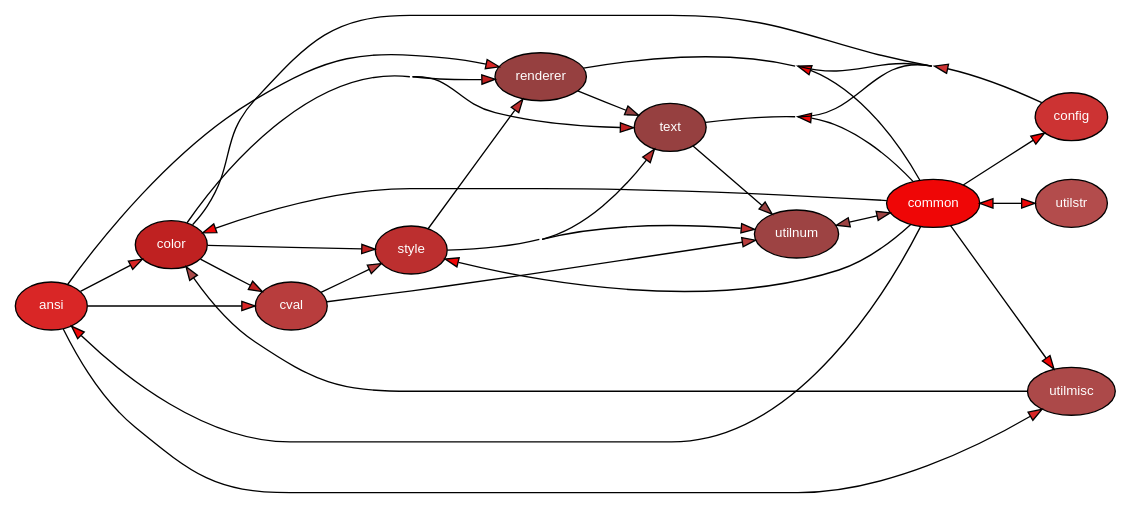
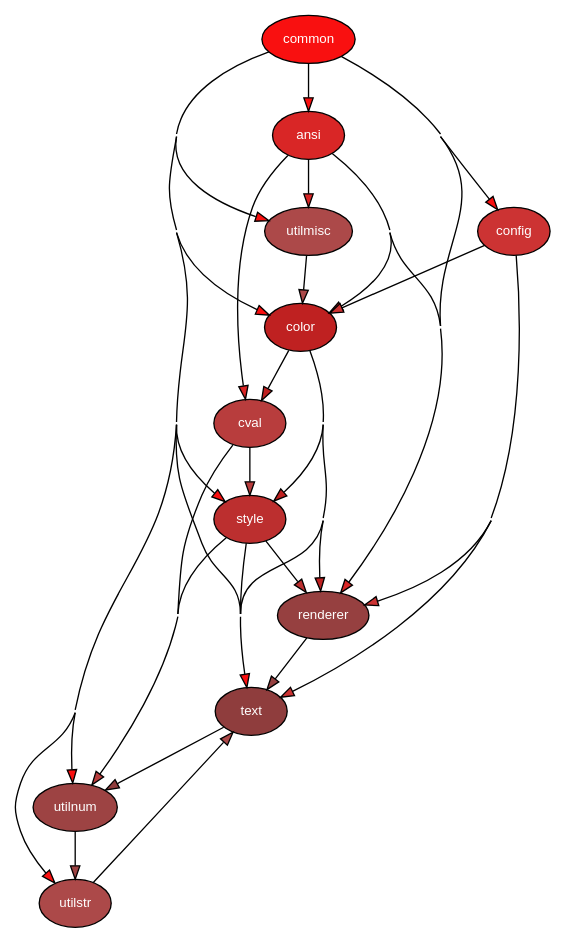
Before and after one commit to delameter/pytermor: the diagram in docs/_generated/module.dot, drawn with Graphviz. The commit also changed 46 other files, not shown here.

```diff
--- a/docs/_generated/module.dot
+++ b/docs/_generated/module.dot
@@ -1,49 +1,49 @@
 
 digraph G {
     concentrate = true;
 
-    rankdir = LR;
+    rankdir = TB;
     node [style=filled,fillcolor="#ffffff",fontcolor="#000000",fontname=Helvetica,fontsize=10];
 
     pytermor_ansi [fillcolor="#d92626",fontcolor="#ffffff",label="ansi"];
     pytermor_color [fillcolor="#bf2121",fontcolor="#ffffff",label="color"];
-    pytermor_common [fillcolor="#ef0606",fontcolor="#ffffff",label="common"];
+    pytermor_common [fillcolor="#f91010",fontcolor="#ffffff",label="common"];
     pytermor_config [fillcolor="#cc3333",fontcolor="#ffffff",label="config"];
     pytermor_cval [fillcolor="#b83d3d",fontcolor="#ffffff",label="cval"];
     pytermor_renderer [fillcolor="#964040",fontcolor="#ffffff",label="renderer"];
     pytermor_style [fillcolor="#bc2f2f",fontcolor="#ffffff",label="style"];
-    pytermor_text [fillcolor="#964040",fontcolor="#ffffff",label="text"];
+    pytermor_text [fillcolor="#8f3d3d",fontcolor="#ffffff",label="text"];
     pytermor_utilmisc [fillcolor="#ac4949",fontcolor="#ffffff",label="utilmisc"];
     pytermor_utilnum [fillcolor="#9d4343",fontcolor="#ffffff",label="utilnum"];
-    pytermor_utilstr [fillcolor="#b34c4c",fontcolor="#ffffff",label="utilstr"];
+    pytermor_utilstr [fillcolor="#ac4949",fontcolor="#ffffff",label="utilstr"];
     pytermor_ansi -> pytermor_color [fillcolor="#d92626"];
     pytermor_ansi -> pytermor_cval [fillcolor="#d92626"];
     pytermor_ansi -> pytermor_renderer [fillcolor="#d92626"];
     pytermor_ansi -> pytermor_utilmisc [fillcolor="#d92626"];
     pytermor_color -> pytermor_cval [fillcolor="#bf2121"];
     pytermor_color -> pytermor_renderer [fillcolor="#bf2121"];
     pytermor_color -> pytermor_style [fillcolor="#bf2121"];
     pytermor_color -> pytermor_text [fillcolor="#bf2121"];
-    pytermor_common -> pytermor_ansi [fillcolor="#ef0606"];
-    pytermor_common -> pytermor_color [fillcolor="#ef0606"];
-    pytermor_common -> pytermor_config [fillcolor="#ef0606"];
-    pytermor_common -> pytermor_renderer [fillcolor="#ef0606"];
-    pytermor_common -> pytermor_style [fillcolor="#ef0606"];
-    pytermor_common -> pytermor_text [fillcolor="#ef0606"];
-    pytermor_common -> pytermor_utilmisc [fillcolor="#ef0606"];
-    pytermor_common -> pytermor_utilnum [fillcolor="#ef0606"];
-    pytermor_common -> pytermor_utilstr [fillcolor="#ef0606"];
+    pytermor_common -> pytermor_ansi [fillcolor="#f91010"];
+    pytermor_common -> pytermor_color [fillcolor="#f91010"];
+    pytermor_common -> pytermor_config [fillcolor="#f91010"];
+    pytermor_common -> pytermor_renderer [fillcolor="#f91010"];
+    pytermor_common -> pytermor_style [fillcolor="#f91010"];
+    pytermor_common -> pytermor_text [fillcolor="#f91010"];
+    pytermor_common -> pytermor_utilmisc [fillcolor="#f91010"];
+    pytermor_common -> pytermor_utilnum [fillcolor="#f91010"];
+    pytermor_common -> pytermor_utilstr [fillcolor="#f91010"];
     pytermor_config -> pytermor_color [fillcolor="#cc3333"];
     pytermor_config -> pytermor_renderer [fillcolor="#cc3333"];
     pytermor_config -> pytermor_text [fillcolor="#cc3333"];
     pytermor_cval -> pytermor_style [fillcolor="#b83d3d"];
     pytermor_cval -> pytermor_utilnum [fillcolor="#b83d3d"];
     pytermor_renderer -> pytermor_text [fillcolor="#964040"];
     pytermor_style -> pytermor_renderer [fillcolor="#bc2f2f"];
     pytermor_style -> pytermor_text [fillcolor="#bc2f2f"];
     pytermor_style -> pytermor_utilnum [fillcolor="#bc2f2f"];
-    pytermor_text -> pytermor_utilnum [fillcolor="#964040"];
+    pytermor_text -> pytermor_utilnum [fillcolor="#8f3d3d"];
     pytermor_utilmisc -> pytermor_color [fillcolor="#ac4949"];
-    pytermor_utilnum -> pytermor_common [fillcolor="#9d4343"];
-    pytermor_utilstr -> pytermor_common [fillcolor="#b34c4c"];
+    pytermor_utilnum -> pytermor_utilstr [fillcolor="#9d4343"];
+    pytermor_utilstr -> pytermor_text [fillcolor="#ac4949"];
 }
```
